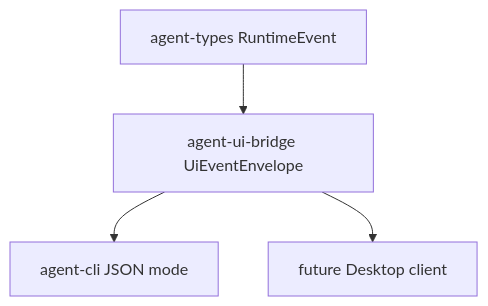
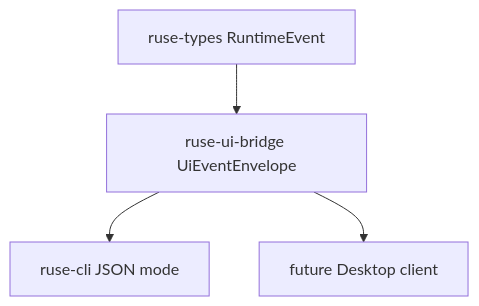
Before and after one commit to poneding/agent: the diagram in docs/specs/M06-01-ui-event-schema.spec.md, drawn with Mermaid. The commit also changed other lines of this file and 2091 other files, not shown here.

First line of the commit message:
refactor: rename agent branding to ruse

````diff
--- a/docs/specs/M06-01-ui-event-schema.spec.md
+++ b/docs/specs/M06-01-ui-event-schema.spec.md
@@ -32,6 +32,6 @@
 ```mermaid
 flowchart TD
-  types["agent-types RuntimeEvent"] --> bridge["agent-ui-bridge UiEventEnvelope"]
-  bridge --> cli["agent-cli JSON mode"]
+  types["ruse-types RuntimeEvent"] --> bridge["ruse-ui-bridge UiEventEnvelope"]
+  bridge --> cli["ruse-cli JSON mode"]
   bridge --> desktop["future Desktop client"]
 ```
````
